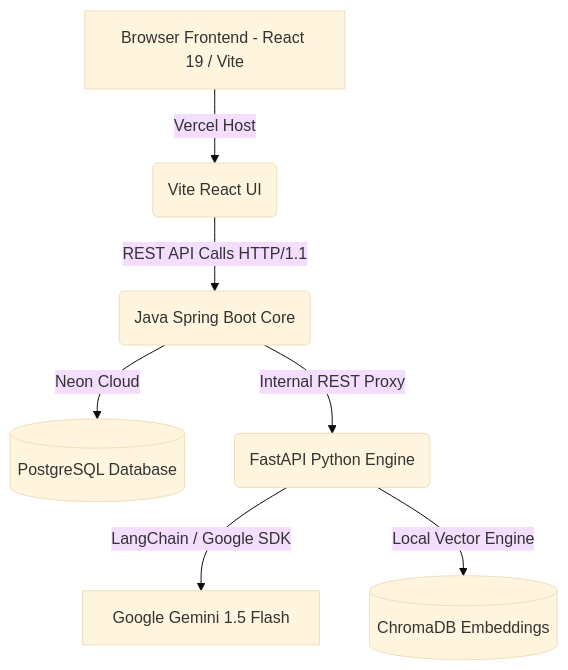
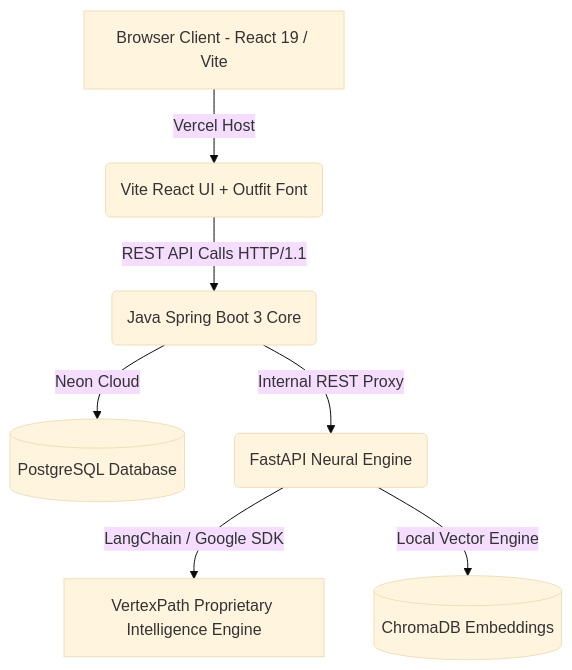
Before and after one commit to Kaustubh0043/vertexpath: the diagram in README.md, drawn with Mermaid (base theme). The commit also changed other lines of this file and 8 other files, not shown here.

````diff
--- a/README.md
+++ b/README.md
@@ -66,9 +81,9 @@
 ```mermaid
 graph TD
-    Client[Browser Frontend - React 19 / Vite] -->|Vercel Host| ReactApp(Vite React UI)
-    ReactApp -->|REST API Calls HTTP/1.1| SpringBoot(Java Spring Boot Core)
+    Client[Browser Client - React 19 / Vite] -->|Vercel Host| ReactApp(Vite React UI + Outfit Font)
+    ReactApp -->|REST API Calls HTTP/1.1| SpringBoot(Java Spring Boot 3 Core)
     SpringBoot -->|Neon Cloud| PostgresDB[(PostgreSQL Database)]
-    SpringBoot -->|Internal REST Proxy| PythonAI(FastAPI Python Engine)
-    PythonAI -->|LangChain / Google SDK| GeminiAPI[Google Gemini 1.5 Flash]
+    SpringBoot -->|Internal REST Proxy| PythonAI(FastAPI Neural Engine)
+    PythonAI -->|LangChain / Google SDK| NeuralAPI[VertexPath Proprietary Intelligence Engine]
     PythonAI -->|Local Vector Engine| ChromaDB[(ChromaDB Embeddings)]
 ```
````
